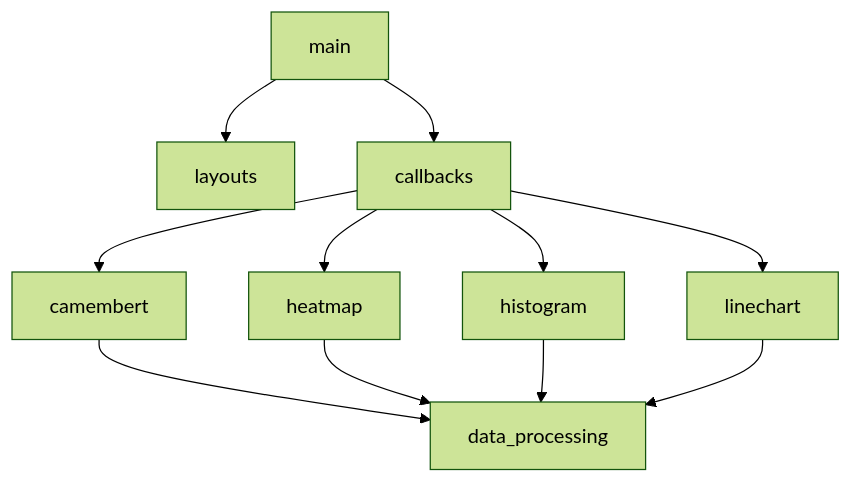
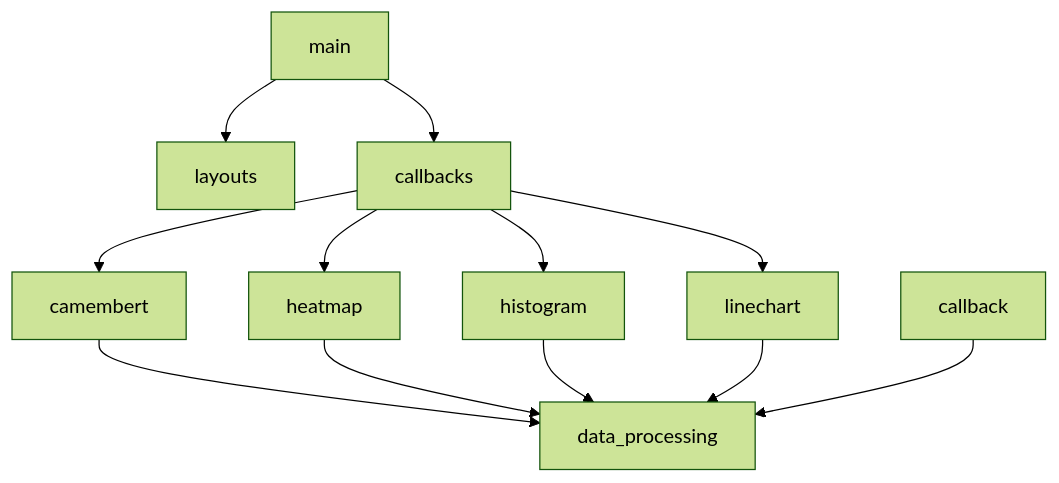
The diagram in README.md (71m07h33/E3-PR2-Miniprojet), drawn with Mermaid (forest theme) before and after one commit.

Commit message:
encore du mermaid

````diff
--- a/README.md
+++ b/README.md
@@ -135,13 +135,14 @@
 ```mermaid
 flowchart TD
   main-->layouts;
   main-->callbacks;
   callbacks-->camembert;
   callbacks-->heatmap;
   callbacks-->histogram;
   callbacks-->linechart;
   camembert-->data_processing;
   heatmap-->data_processing;
   histogram-->data_processing;
   linechart-->data_processing;
+  callback-->data_processing;
 ```
````
